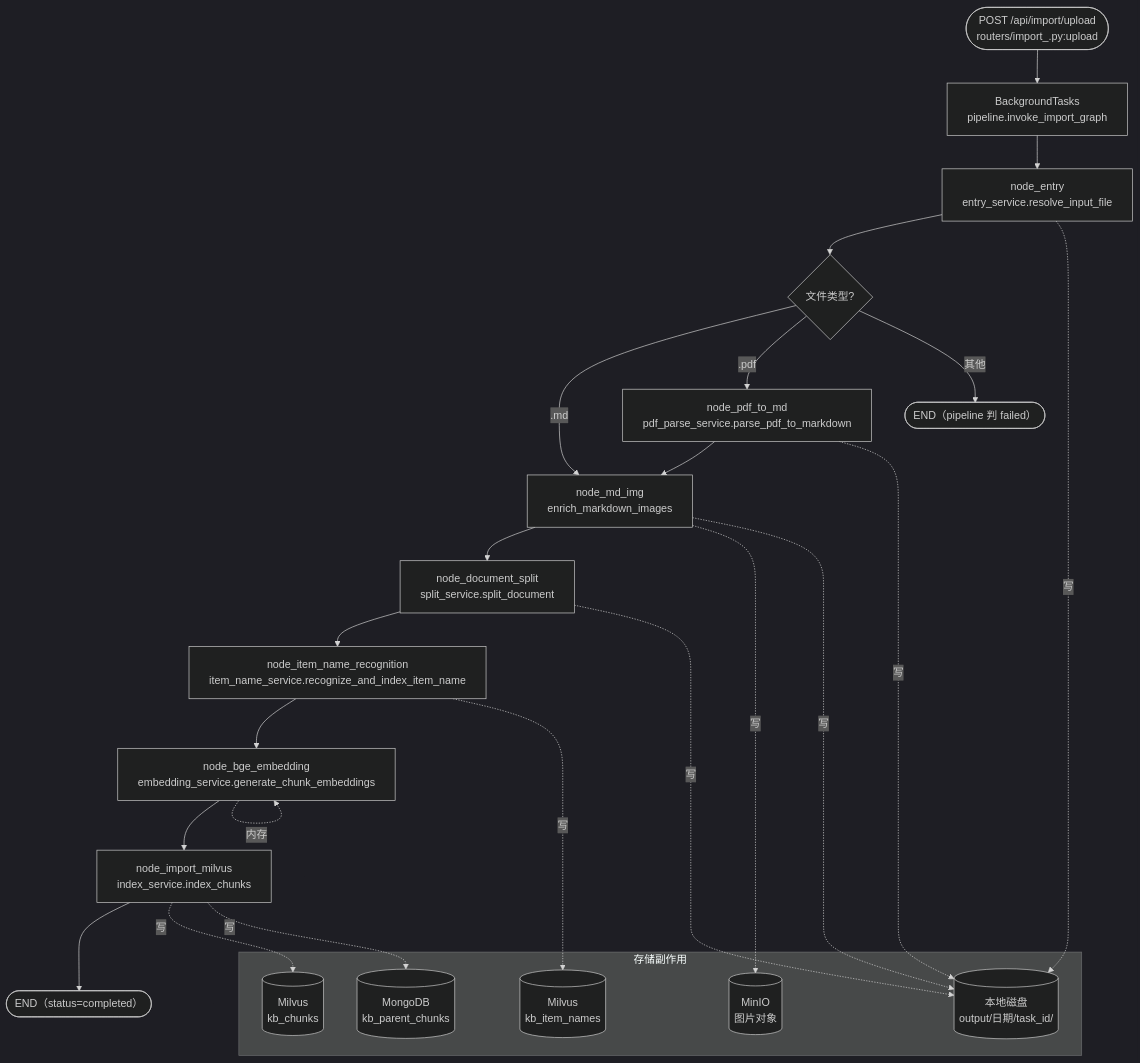
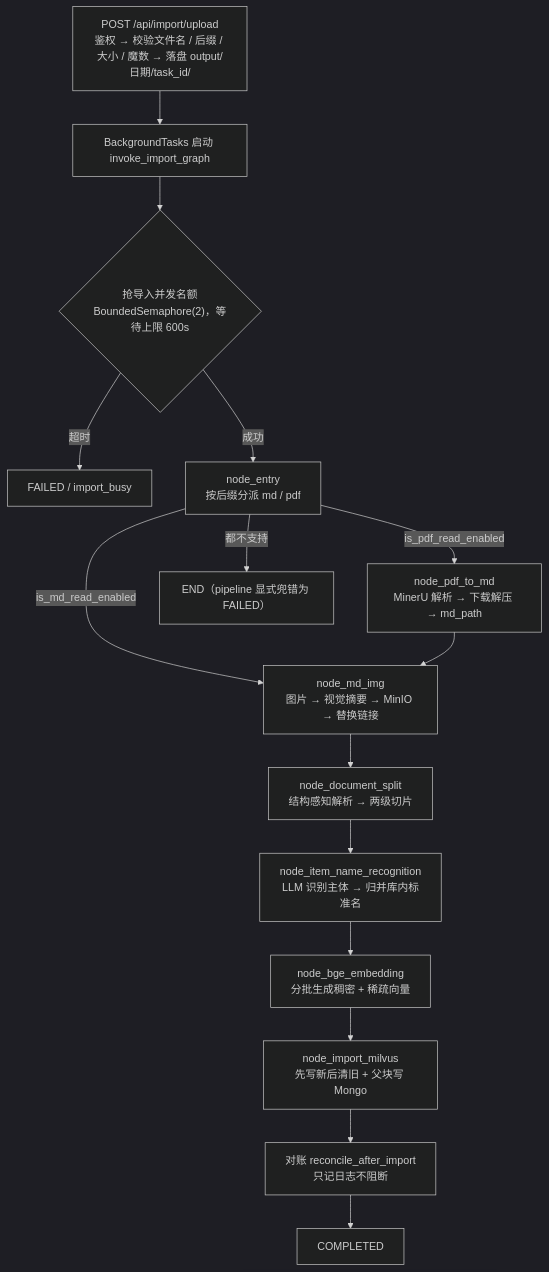
The second of 10 diagrams in docs/se_rag-技术讲解文档.md (LZX842056112/se_rag), drawn with Mermaid (dark theme) before and after one commit. The commit also changed other lines of this file and 3 other files, not shown here.

````diff
--- a/docs/se_rag-技术讲解文档.md
+++ b/docs/se_rag-技术讲解文档.md
@@ -140,35 +119,17 @@
 ```mermaid
 flowchart TD
-    START(["POST /api/import/upload<br/>routers/import_.py:upload"]) --> BG["BackgroundTasks<br/>pipeline.invoke_import_graph"]
-    BG --> N1["node_entry<br/>entry_service.resolve_input_file"]
-
-    N1 --> C1{"文件类型?"}
-    C1 -- ".md" --> N3["node_md_img<br/>enrich_markdown_images"]
-    C1 -- ".pdf" --> N2["node_pdf_to_md<br/>pdf_parse_service.parse_pdf_to_markdown"]
-    C1 -- "其他" --> E1(["END（pipeline 判 failed）"])
-
-    N2 --> N3
-    N3 --> N4["node_document_split<br/>split_service.split_document"]
-    N4 --> N5["node_item_name_recognition<br/>item_name_service.recognize_and_index_item_name"]
-    N5 --> N6["node_bge_embedding<br/>embedding_service.generate_chunk_embeddings"]
-    N6 --> N7["node_import_milvus<br/>index_service.index_chunks"]
-    N7 --> E2(["END（status=completed）"])
-
-    subgraph STORE["存储副作用"]
-        M1[("Milvus<br/>kb_item_names")]
-        M2[("Milvus<br/>kb_chunks")]
-        M3[("MongoDB<br/>kb_parent_chunks")]
-        M4[("MinIO<br/>图片对象")]
-        D1[("本地磁盘<br/>output/日期/task_id/")]
-    end
-
-    N1 -. 写 .-> D1
-    N2 -. 写 .-> D1
-    N3 -. 写 .-> M4
-    N3 -. 写 .-> D1
-    N4 -. 写 .-> D1
-    N5 -. 写 .-> M1
-    N6 -. 内存 .-> N6
-    N7 -. 写 .-> M2
-    N7 -. 写 .-> M3
+    A["POST /api/import/upload<br/>鉴权 → 校验文件名 / 后缀 / 大小 / 魔数 → 落盘 output/日期/task_id/"] --> B["BackgroundTasks 启动 invoke_import_graph"]
+    B --> C{"抢导入并发名额<br/>BoundedSemaphore(2)，等待上限 600s"}
+    C -- 超时 --> C1["FAILED / import_busy"]
+    C -- 成功 --> D["node_entry<br/>按后缀分派 md / pdf"]
+    D -- is_md_read_enabled --> F["node_md_img<br/>图片 → 视觉摘要 → MinIO → 替换链接"]
+    D -- is_pdf_read_enabled --> E["node_pdf_to_md<br/>MinerU 解析 → 下载解压 → md_path"]
+    E --> F
+    F --> G["node_document_split<br/>结构感知解析 → 两级切片"]
+    G --> H["node_item_name_recognition<br/>LLM 识别主体 → 归并库内标准名"]
+    H --> I["node_bge_embedding<br/>分批生成稠密 + 稀疏向量"]
+    I --> J["node_import_milvus<br/>先写新后清旧 + 父块写 Mongo"]
+    J --> K["对账 reconcile_after_import<br/>只记日志不阻断"]
+    D -- 都不支持 --> Z["END（pipeline 显式兜错为 FAILED）"]
+    K --> L["COMPLETED"]
 ```
````
